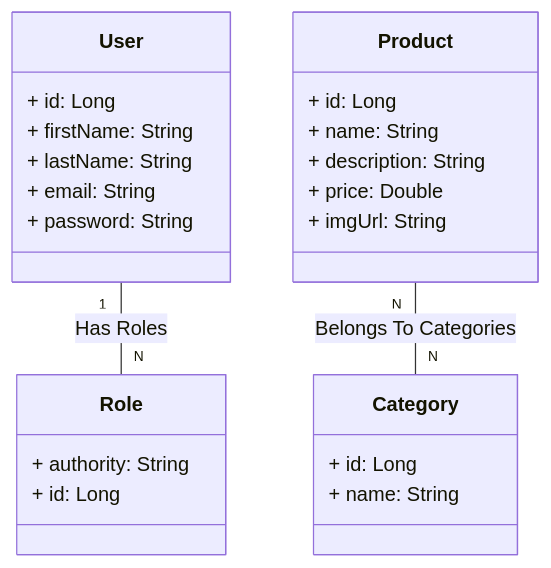
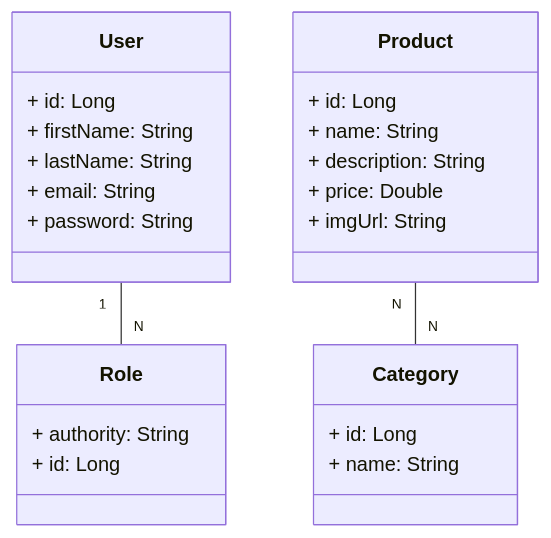
The diagram in backend/README.md (ThiagoDRangel/catalog-java), drawn with Mermaid before and after one commit.

````diff
--- a/backend/README.md
+++ b/backend/README.md
@@ -3,33 +3,33 @@
 ```mermaid
 classDiagram
   class User {
     + id: Long
     + firstName: String
     + lastName: String
     + email: String
     + password: String
   }
 
   class Role {
     + authority: String
     + id: Long
   }
 
   class Product {
     + id: Long
     + name: String
     + description: String
     + price: Double
     + imgUrl: String
   }
 
   class Category {
     + id: Long
     + name: String
   }
 
-  User "1" -- "N" Role : Has Roles
-  Product "N" -- "N" Category : Belongs To Categories
+  User "1" -- "N" Role
+  Product "N" -- "N" Category
 
 
 ```
````
